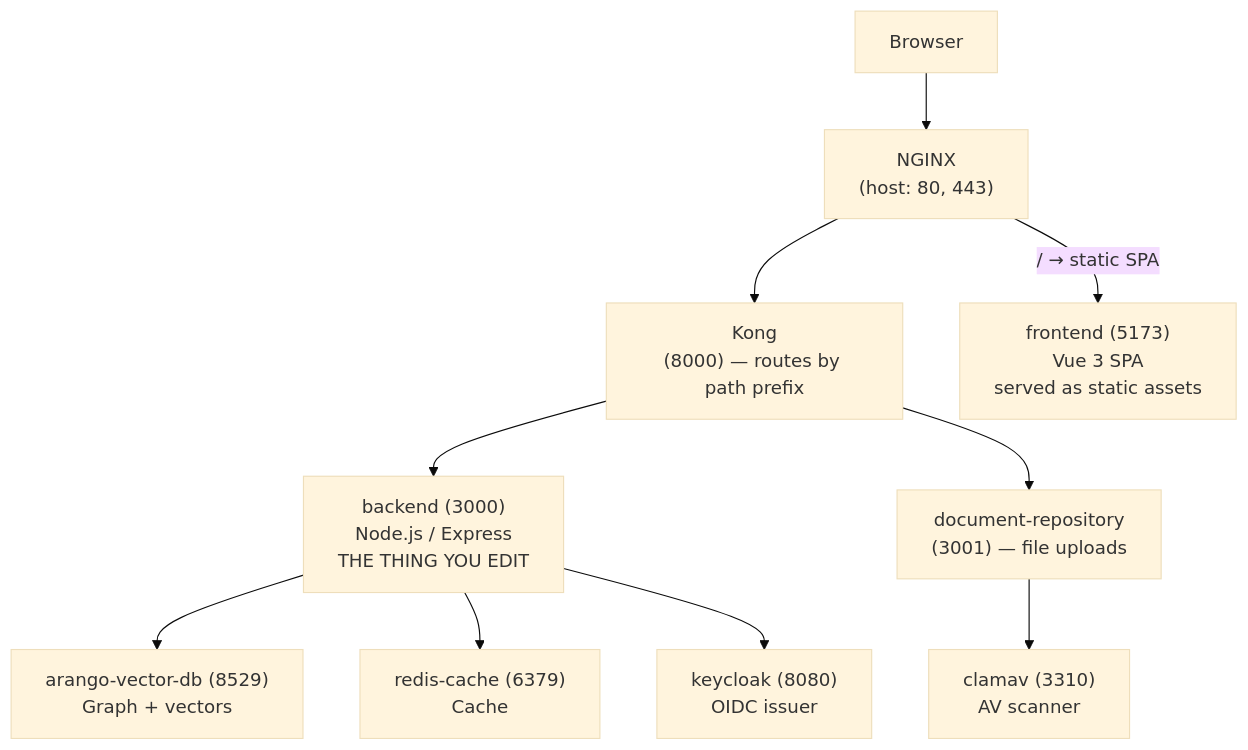
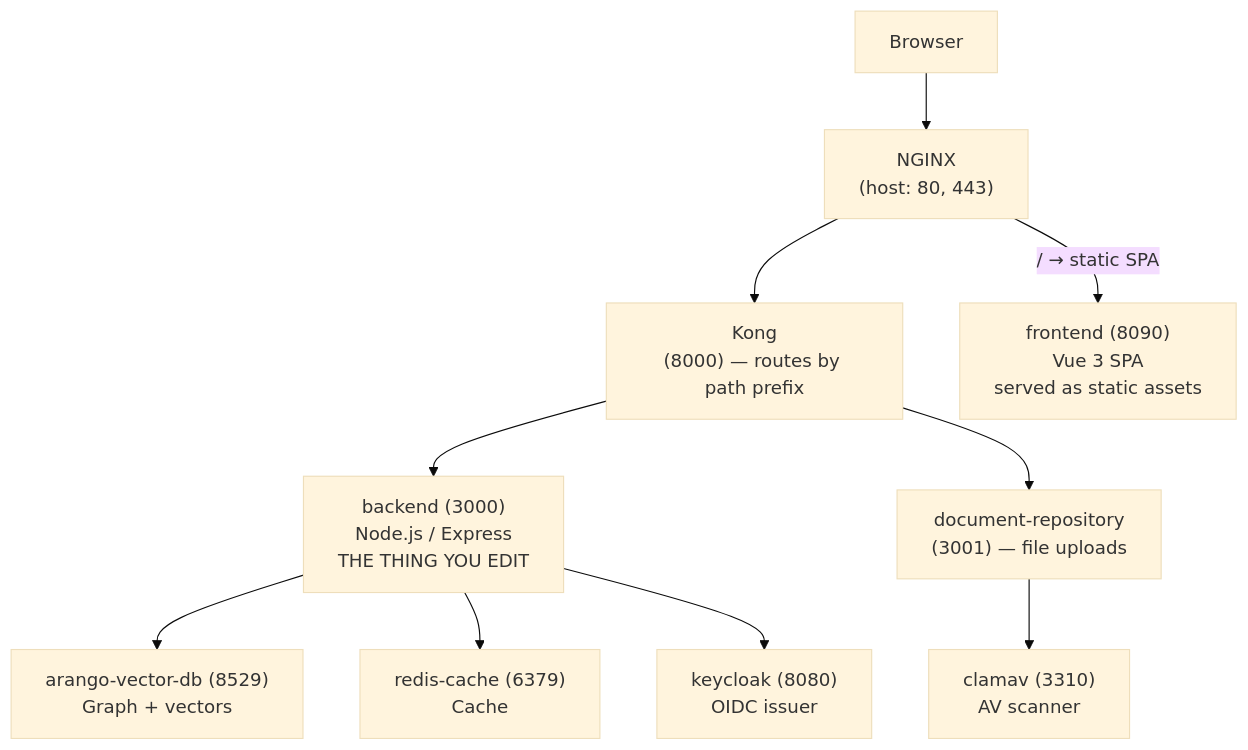
Before and after one commit to jrevillard/genie-ai-replica: the diagram in site/content/en/docs/get-started/quickstart-developer.md, drawn with Mermaid (base theme). The commit also changed 2 other files, not shown here.

First paragraph of the commit message:
fix(docs): Wave 70 audit corrections (2 P0 + 4 P1 + 2 P2)
P0-1 integration-architecture.md System Overview: ChatQnA → TEI
was a direct edge but the actual flow goes ChatQnA → Embedding wrapper
(port 6000) → TEI (port 80). Added Embedding node to AI subgraph,
split the edge.

````diff
--- a/site/content/en/docs/get-started/quickstart-developer.md
+++ b/site/content/en/docs/get-started/quickstart-developer.md
@@ -42,23 +42,23 @@
 ```mermaid
 flowchart TB
     Browser["Browser"]
     Nginx["NGINX<br/>(host: 80, 443)"]
     Kong["Kong<br/>(8000) — routes by path prefix"]
     Backend["backend (3000)<br/>Node.js / Express<br/>THE THING YOU EDIT"]
-    Frontend["frontend (5173)<br/>Vue 3 SPA<br/>served as static assets"]
+    Frontend["frontend (8090)<br/>Vue 3 SPA<br/>served as static assets"]
     DocRepo["document-repository<br/>(3001) — file uploads"]
     Arango["arango-vector-db (8529)<br/>Graph + vectors"]
     Redis["redis-cache (6379)<br/>Cache"]
     Keycloak["keycloak (8080)<br/>OIDC issuer"]
     ClamAV["clamav (3310)<br/>AV scanner"]
 
     Browser --> Nginx
     Nginx --> Kong
     Nginx -- "/ → static SPA" --> Frontend
     Kong --> Backend
     Kong --> DocRepo
     Backend --> Arango
     Backend --> Redis
     Backend --> Keycloak
     DocRepo --> ClamAV
 ```
````
